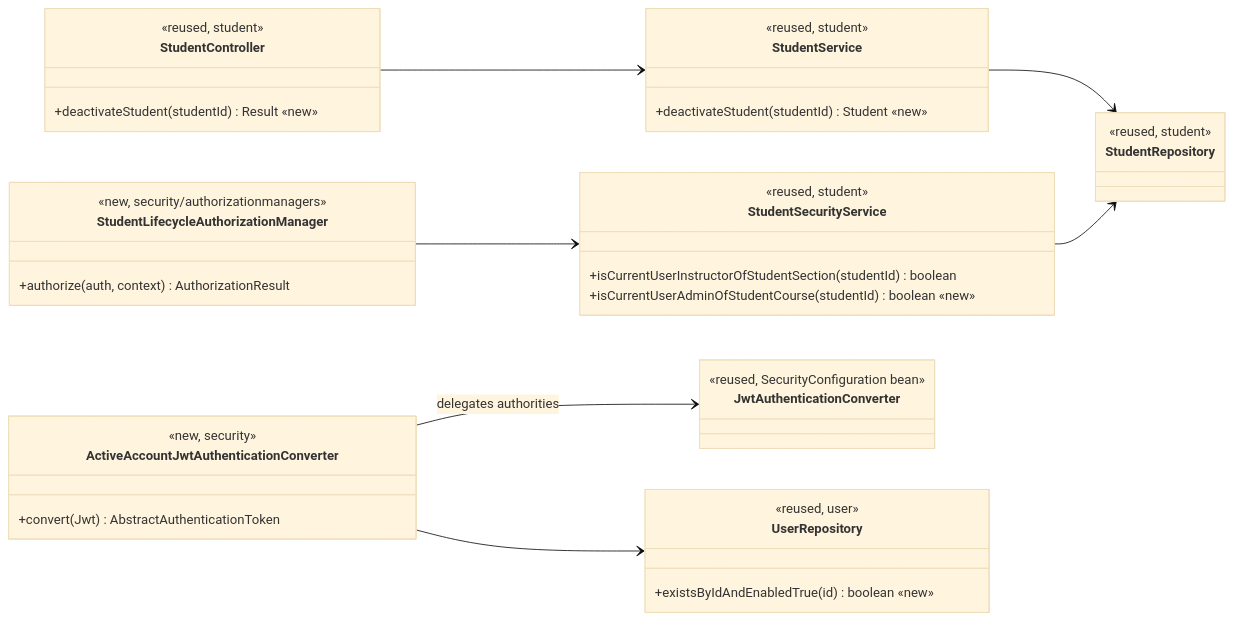
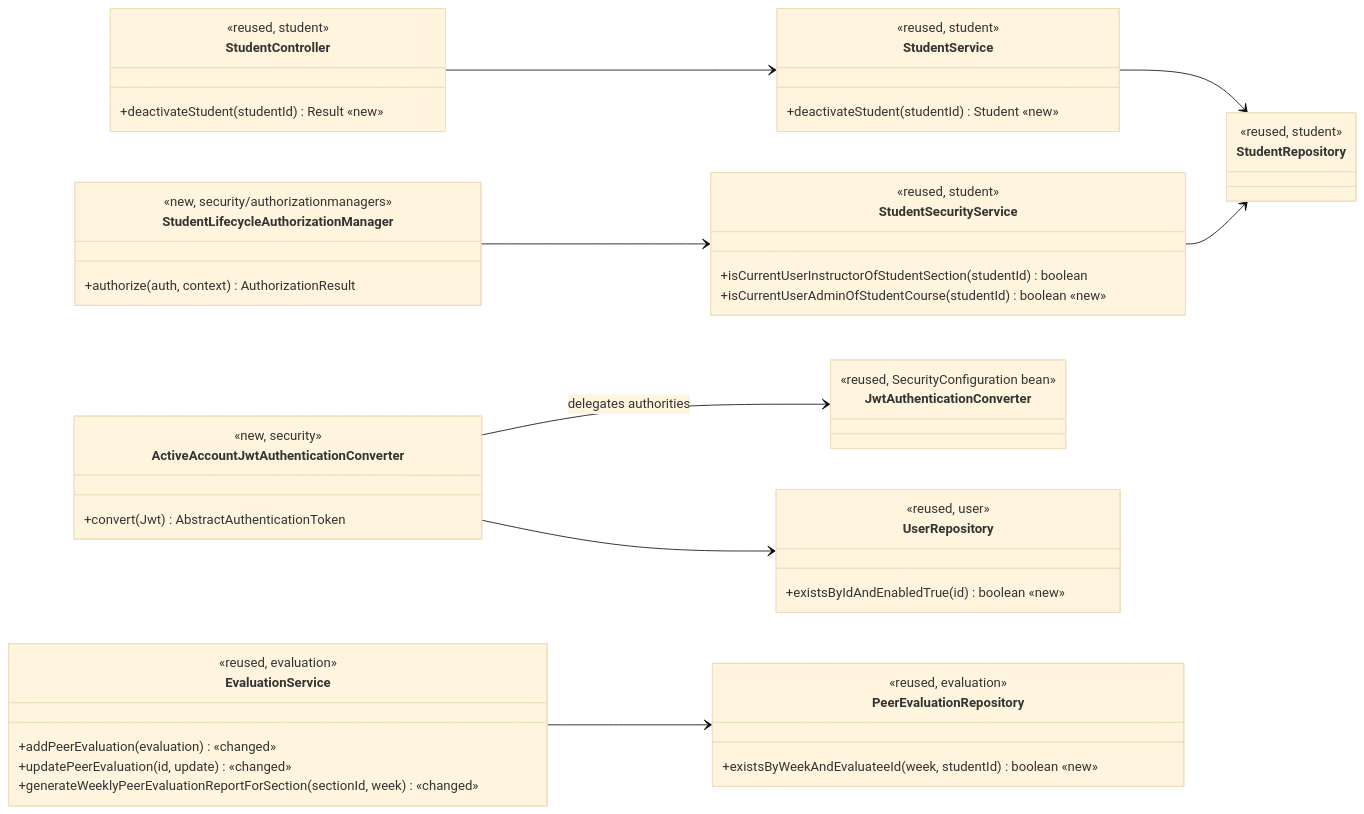
The first of 3 diagrams in docs/design/stu.md (Alfonsotomax/add-a-use-case), drawn with Mermaid (base theme) before and after one commit. The commit also changed other lines of this file and 1 other file, not shown here.

First line of the commit message:
docs(stu): trace UC-STU-deactivate-student; keep the design honest

````diff
--- a/docs/design/stu.md
+++ b/docs/design/stu.md
@@ -16,41 +16,52 @@
 ```mermaid
 classDiagram
     direction LR
     class StudentController {
         <<reused, student>>
         +deactivateStudent(studentId) Result  «new»
     }
     class StudentService {
         <<reused, student>>
         +deactivateStudent(studentId) Student  «new»
     }
     class StudentSecurityService {
         <<reused, student>>
         +isCurrentUserInstructorOfStudentSection(studentId) boolean
         +isCurrentUserAdminOfStudentCourse(studentId) boolean  «new»
     }
     class StudentLifecycleAuthorizationManager {
         <<new, security/authorizationmanagers>>
         +authorize(auth, context) AuthorizationResult
     }
     class ActiveAccountJwtAuthenticationConverter {
         <<new, security>>
         +convert(Jwt) AbstractAuthenticationToken
     }
     class JwtAuthenticationConverter {
         <<reused, SecurityConfiguration bean>>
     }
     class UserRepository {
         <<reused, user>>
         +existsByIdAndEnabledTrue(id) boolean  «new»
     }
     class StudentRepository {
         <<reused, student>>
     }
+    class PeerEvaluationRepository {
+        <<reused, evaluation>>
+        +existsByWeekAndEvaluateeId(week, studentId) boolean  «new»
+    }
+    class EvaluationService {
+        <<reused, evaluation>>
+        +addPeerEvaluation(evaluation)  «changed»
+        +updatePeerEvaluation(id, update)  «changed»
+        +generateWeeklyPeerEvaluationReportForSection(sectionId, week)  «changed»
+    }
     StudentController --> StudentService
     StudentService --> StudentRepository
     StudentLifecycleAuthorizationManager --> StudentSecurityService
     StudentSecurityService --> StudentRepository
     ActiveAccountJwtAuthenticationConverter --> JwtAuthenticationConverter : delegates authorities
     ActiveAccountJwtAuthenticationConverter --> UserRepository
+    EvaluationService --> PeerEvaluationRepository
 ```
````
